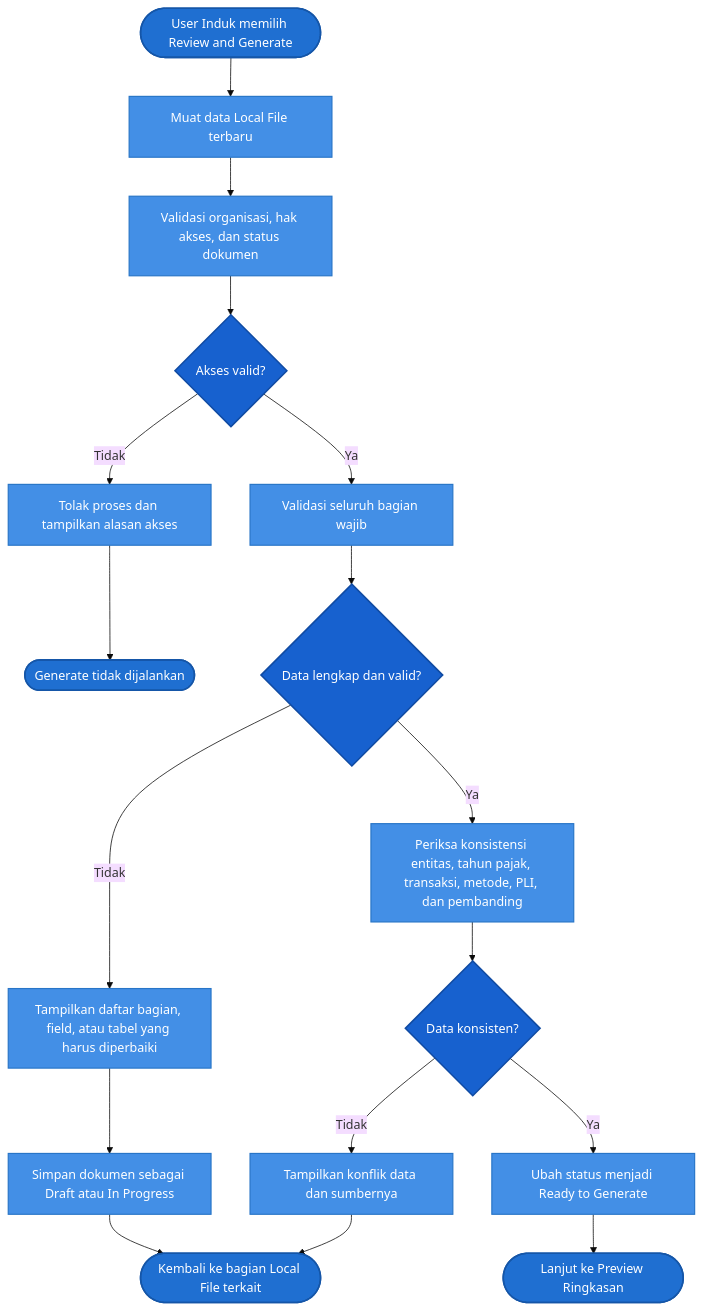
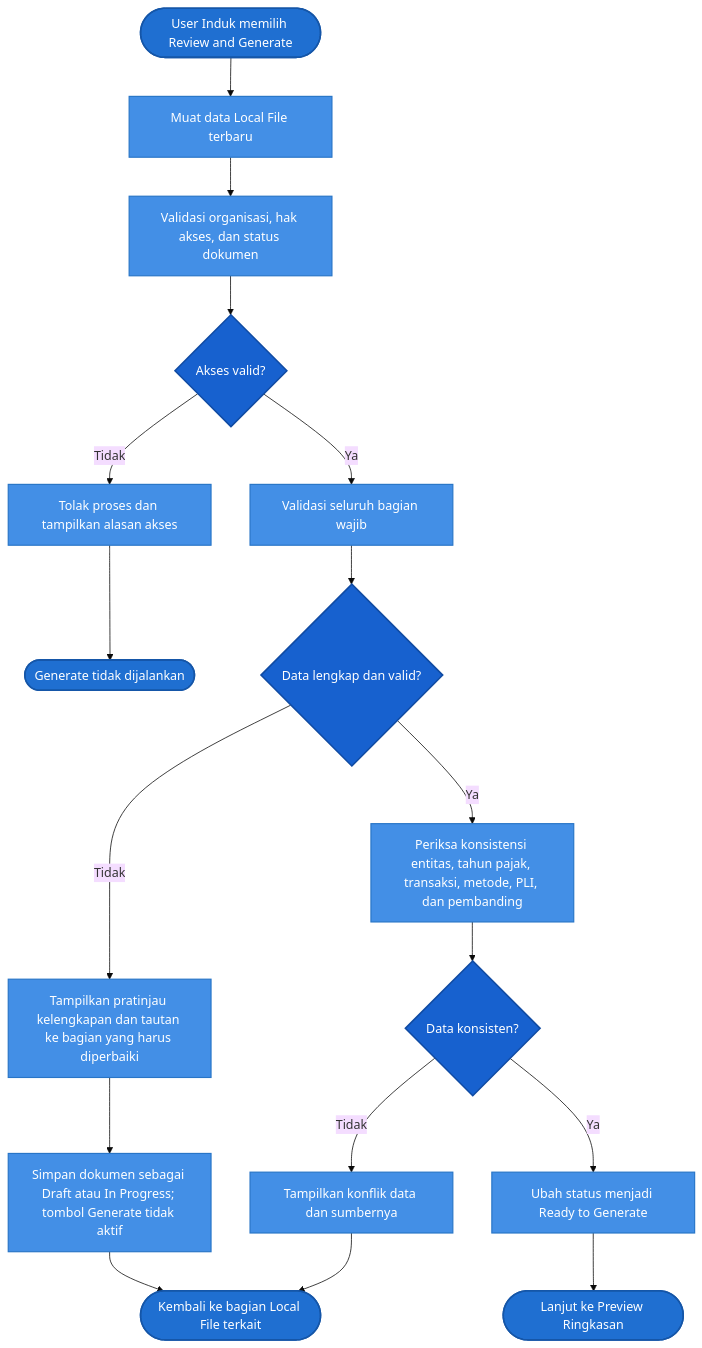
One commit to dayatmuc/tp-docs-documentation changed the first of 4 diagrams in 01-By-System/03-Business-Flow/02-Document-Generation.md. Above: the diagram before and after it, drawn with Mermaid (base theme). The commit also changed other lines of this file and 18 other files, not shown here.

````diff
--- a/01-By-System/03-Business-Flow/02-Document-Generation.md
+++ b/01-By-System/03-Business-Flow/02-Document-Generation.md
@@ -36,28 +38,28 @@
 ```mermaid
 flowchart TD
     DG_START([User Induk memilih Review and Generate]) --> DG_LOAD[Muat data Local File terbaru]
     DG_LOAD --> DG_ACCESS[Validasi organisasi, hak akses, dan status dokumen]
     DG_ACCESS --> DG_ACCESS_OK{"Akses valid?"}
     DG_ACCESS_OK -- "Tidak" --> DG_DENIED[Tolak proses dan tampilkan alasan akses]
     DG_DENIED --> DG_END_DENIED([Generate tidak dijalankan])
 
     DG_ACCESS_OK -- "Ya" --> DG_VALIDATE[Validasi seluruh bagian wajib]
     DG_VALIDATE --> DG_COMPLETE{"Data lengkap dan valid?"}
-    DG_COMPLETE -- "Tidak" --> DG_LIST[Tampilkan daftar bagian, field, atau tabel yang harus diperbaiki]
-    DG_LIST --> DG_SAVE[Simpan dokumen sebagai Draft atau In Progress]
+    DG_COMPLETE -- "Tidak" --> DG_LIST[Tampilkan pratinjau kelengkapan dan tautan ke bagian yang harus diperbaiki]
+    DG_LIST --> DG_SAVE[Simpan dokumen sebagai Draft atau In Progress; tombol Generate tidak aktif]
     DG_SAVE --> DG_RETURN([Kembali ke bagian Local File terkait])
 
     DG_COMPLETE -- "Ya" --> DG_CONSISTENCY[Periksa konsistensi entitas, tahun pajak, transaksi, metode, PLI, dan pembanding]
     DG_CONSISTENCY --> DG_CONSISTENT{"Data konsisten?"}
     DG_CONSISTENT -- "Tidak" --> DG_CONFLICT[Tampilkan konflik data dan sumbernya]
     DG_CONFLICT --> DG_RETURN
     DG_CONSISTENT -- "Ya" --> DG_READY[Ubah status menjadi Ready to Generate]
     DG_READY --> DG_PREVIEW([Lanjut ke Preview Ringkasan])
 
     classDef terminal fill:#1f6fd1,color:#fff,stroke:#1556a8,stroke-width:2px;
     classDef process fill:#438fe6,color:#fff,stroke:#2875c7,stroke-width:1.5px;
     classDef decision fill:#1761cf,color:#fff,stroke:#104ba3,stroke-width:2px;
     class DG_START,DG_END_DENIED,DG_RETURN,DG_PREVIEW terminal;
     class DG_LOAD,DG_ACCESS,DG_DENIED,DG_VALIDATE,DG_LIST,DG_SAVE,DG_CONSISTENCY,DG_CONFLICT,DG_READY process;
     class DG_ACCESS_OK,DG_COMPLETE,DG_CONSISTENT decision;
 ```
````
